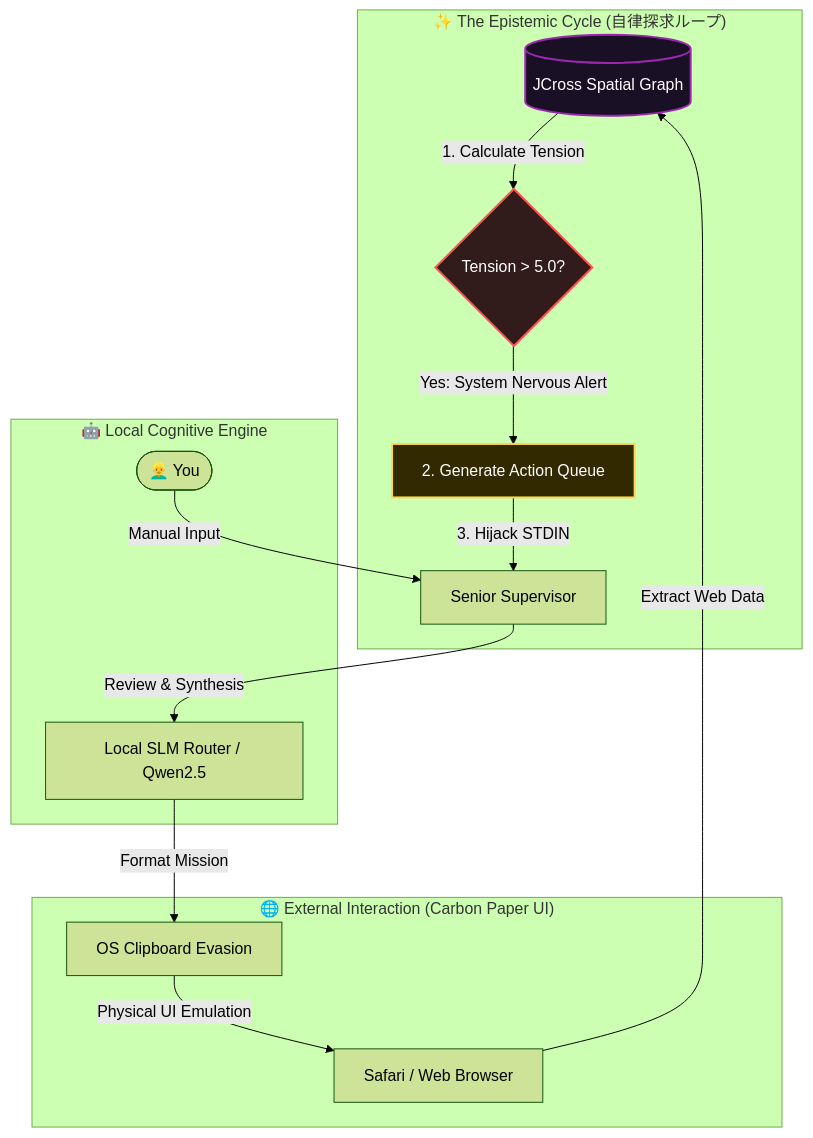
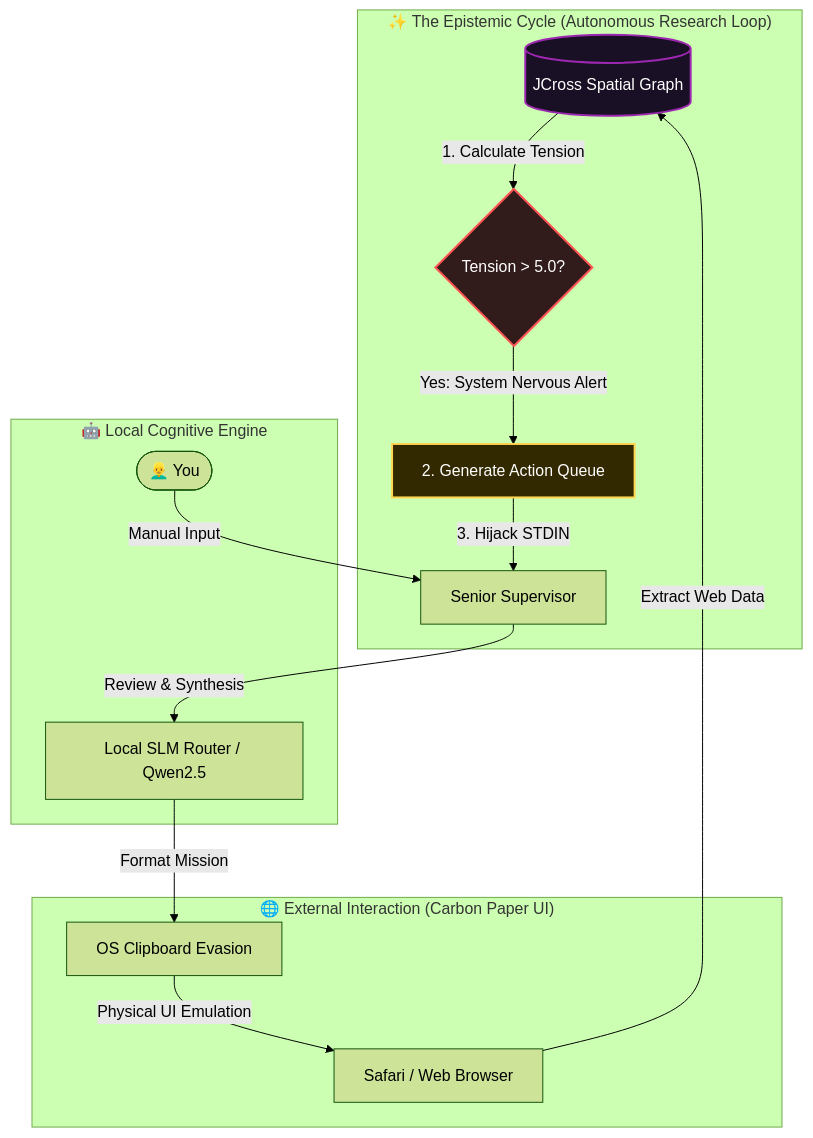
One commit to Ag3497120/verantyx-cortex changed the diagram in verantyx-browser/README.md. Above: the diagram before and after it, drawn with Mermaid (forest theme). The commit also changed other lines of this file and 1 other file, not shown here.

````diff
--- a/verantyx-browser/README.md
+++ b/verantyx-browser/README.md
@@ -38,23 +38,23 @@
 ```mermaid
 graph TD
-    subgraph "✨ The Epistemic Cycle (自律探求ループ)"
+    subgraph "✨ The Epistemic Cycle (Autonomous Research Loop)"
     JCross[(JCross Spatial Graph)] -->|1. Calculate Tension| Tension{Tension > 5.0?}
     Tension -->|Yes: System Nervous Alert| AutoPrompt[2. Generate Action Queue]
     AutoPrompt -->|3. Hijack STDIN| Supervisor[Senior Supervisor]
     end
 
     subgraph "🤖 Local Cognitive Engine"
         User([👱‍♂️ You]) -->|Manual Input| Supervisor
         Supervisor -->|Review & Synthesis| SLM[Local SLM Router / Qwen2.5]
     end
 
     subgraph "🌐 External Interaction (Carbon Paper UI)"
         SLM -->|Format Mission| Clipboard[OS Clipboard Evasion]
         Clipboard -->|Physical UI Emulation| Safari[Safari / Web Browser]
         Safari -->|Extract Web Data| JCross
     end
     
     style JCross fill:#1a1025,stroke:#9c27b0,stroke-width:2px,color:#fff
     style Tension fill:#311b1b,stroke:#ff5252,stroke-width:2px,color:#fff
     style AutoPrompt fill:#332900,stroke:#ffd54f,stroke-width:2px,color:#fff
 ```
````
